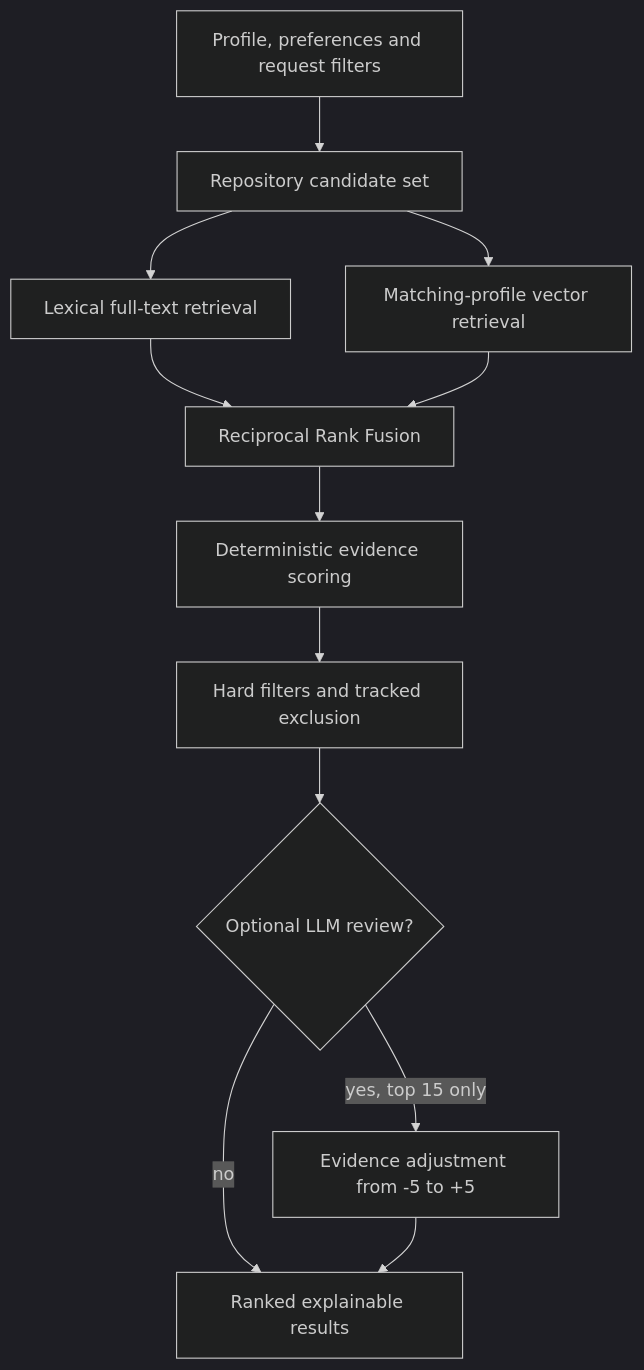
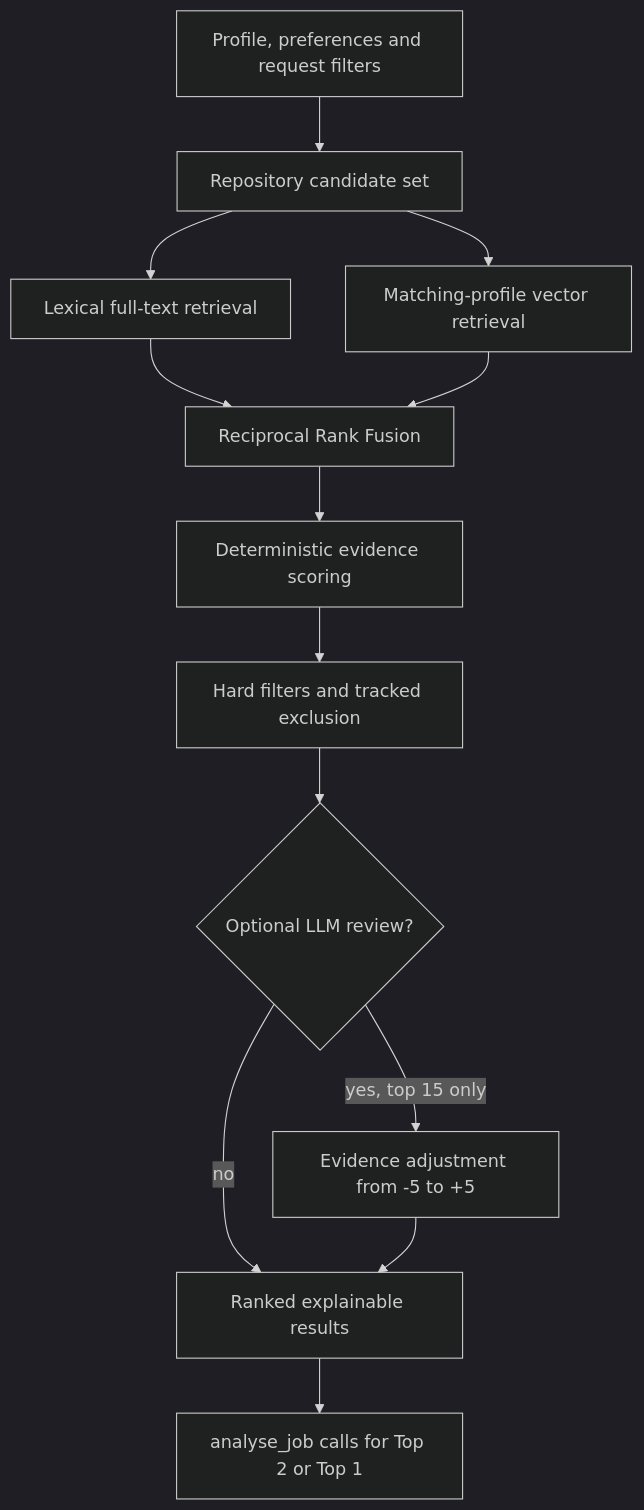
One commit to KaiusJin/WeCanFindIntern changed the first of 2 diagrams in docs/modules/ai-agent.md. Above: the diagram before and after it, drawn with Mermaid (dark theme). The commit also changed other lines of this file and 12 other files, not shown here.

````diff
--- a/docs/modules/ai-agent.md
+++ b/docs/modules/ai-agent.md
@@ -47,14 +76,15 @@
 ```mermaid
 flowchart TD
     P[Profile, preferences and request filters] --> C[Repository candidate set]
     C --> L[Lexical full-text retrieval]
     C --> V[Matching-profile vector retrieval]
     L --> R[Reciprocal Rank Fusion]
     V --> R
     R --> S[Deterministic evidence scoring]
     S --> F[Hard filters and tracked exclusion]
     F --> O{Optional LLM review?}
     O -->|no| X[Ranked explainable results]
     O -->|yes, top 15 only| Y[Evidence adjustment from -5 to +5]
     Y --> X
+    X --> A[analyse_job calls for Top 2 or Top 1]
 ```
````
